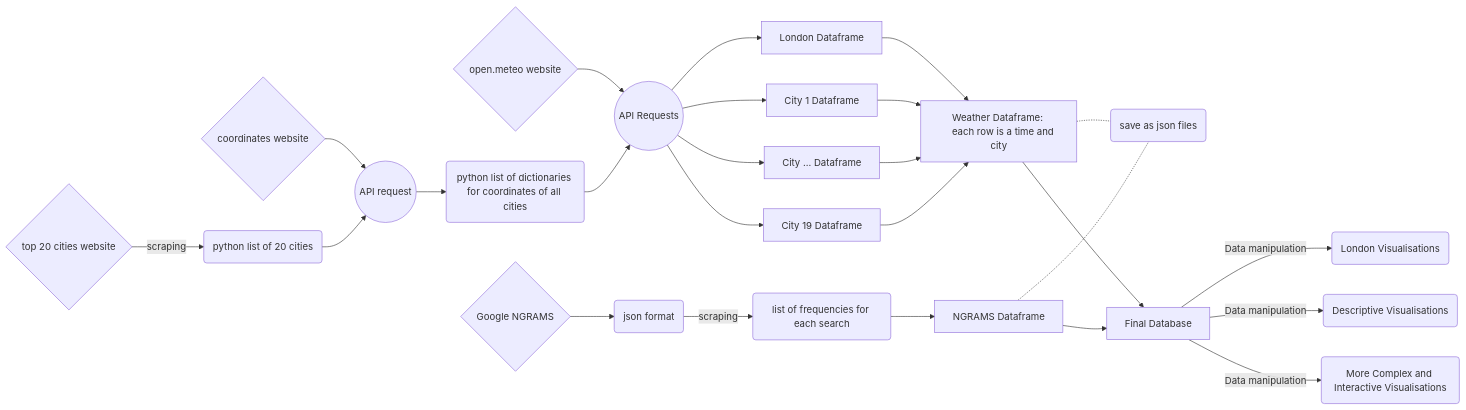
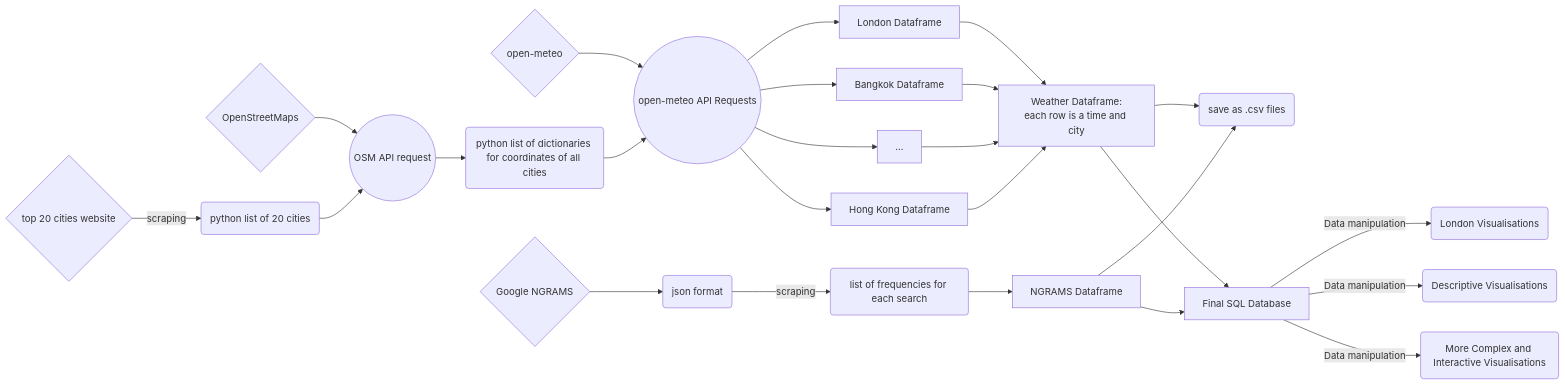
The diagram in docs/mermaid.md (lse-ds105/ds105w-project-rubber-ducks), drawn with Mermaid before and after one commit. The commit also changed 4 other files, not shown here.

Commit message:
Add accuracy adjsutments to mermaid diagram

````diff
--- a/docs/mermaid.md
+++ b/docs/mermaid.md
@@ -1,28 +1,27 @@
 ``` mermaid
 flowchart LR
-    A{open.meteo website} --> L((API Requests))
+    A{open-meteo} --> L((open-meteo API Requests))
     L --> B[London Dataframe]
-    L --> C[City 1 Dataframe]
-    L --> D[City ... Dataframe]
-    L --> E[City 19 Dataframe]
+    L --> C[Bangkok Dataframe]
+    L --> D[ ... ]
+    L --> E[Hong Kong Dataframe]
     G{top 20 cities website} -->|scraping| H(python list of 20 cities)
-    I{coordinates website} --> J((API request))
+    I{OpenStreetMaps} --> J((OSM API request))
     H --> J
     J --> K(python list of dictionaries for coordinates of all cities)
     K --> L
-    B --> M[Weather Dataframe: 
-    each row is a time and city]
+    B --> M[Weather Dataframe:<br>each row is a time and city]
     C --> M
     D --> M
     E --> M
-    M -.- F(save as json files)
+    M --> F(save as .csv files)
     N{Google NGRAMS} --> S(json format)
-    S --> |scraping| T(list of frequencies for each search)
+    S -->|scraping| T(list of frequencies for each search)
     T --> U[NGRAMS Dataframe]
-    U -.- F
-    M --> V[Final Database]
+    U --> F
+    M --> V[Final SQL Database]
     U --> V
     V -->|Data manipulation| O(London Visualisations)
     V -->|Data manipulation| Q(Descriptive Visualisations)
     V -->|Data manipulation| R(More Complex and Interactive Visualisations)
 ```
````
